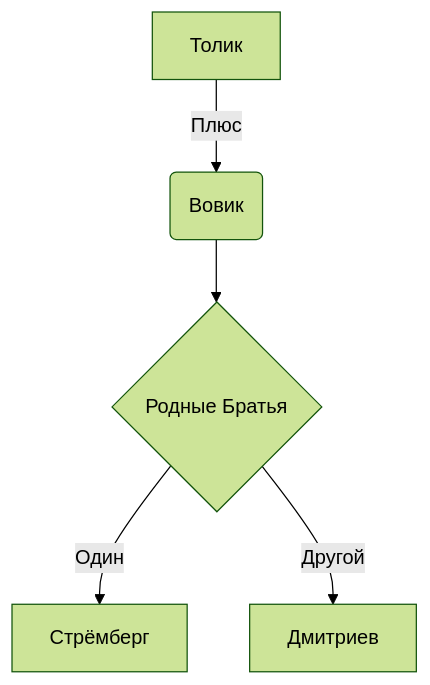
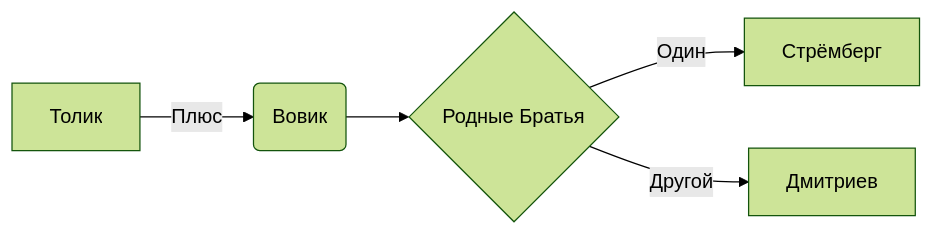
The first of 4 diagrams in content/posts/my-article-name/index.md (dvesti/site-dia), drawn with Mermaid (forest theme) before and after one commit. The commit also changed other lines of this file, not shown here.

```diff
--- a/content/posts/my-article-name/index.md
+++ b/content/posts/my-article-name/index.md
@@ -43,7 +53,7 @@
 {{< mermaid >}}
-graph TD
+graph LR
 A[Толик] -->|Плюс| B(Вовик)
 B --> C{Родные Братья}
 C -->|Один| D[Стрёмберг]
 C -->|Другой| E[Дмитриев]
 {{< /mermaid >}}
```
